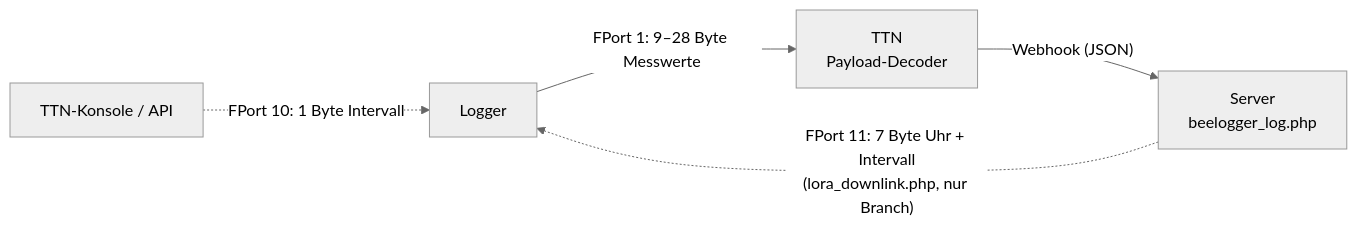
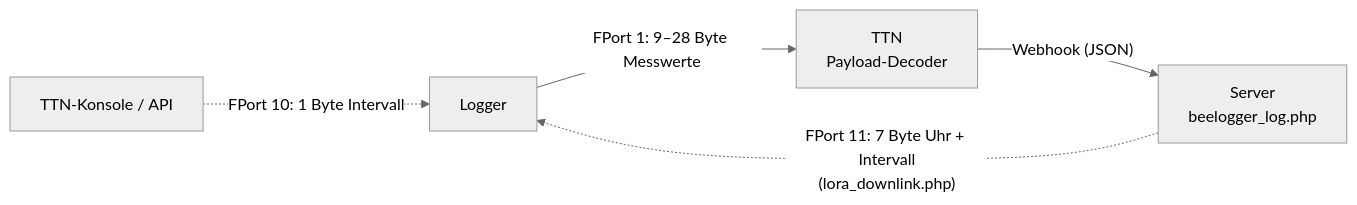
Before and after one commit to desiue/beelogger-stm32: the diagram in docs/payload.md, drawn with Mermaid (neutral theme). The commit also changed other lines of this file and 10 other files, not shown here.

````diff
--- a/docs/payload.md
+++ b/docs/payload.md
@@ -11,7 +11,7 @@
 ```mermaid
 flowchart LR
   L[Logger] -->|"FPort 1: 9–28 Byte Messwerte"| T[TTN<br/>Payload-Decoder]
   T -->|"Webhook (JSON)"| S[Server<br/>beelogger_log.php]
   K[TTN-Konsole / API] -.->|"FPort 10: 1 Byte Intervall"| L
-  S -.->|"FPort 11: 7 Byte Uhr + Intervall<br/>(lora_downlink.php, nur Branch)"| L
+  S -.->|"FPort 11: 7 Byte Uhr + Intervall<br/>(lora_downlink.php)"| L
 ```
````
